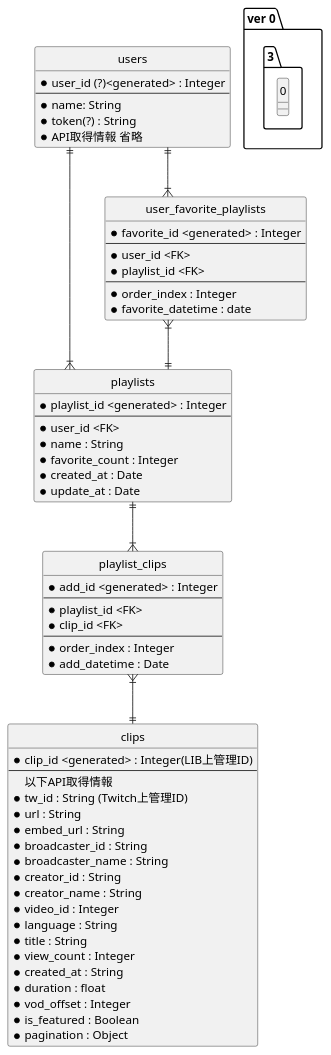
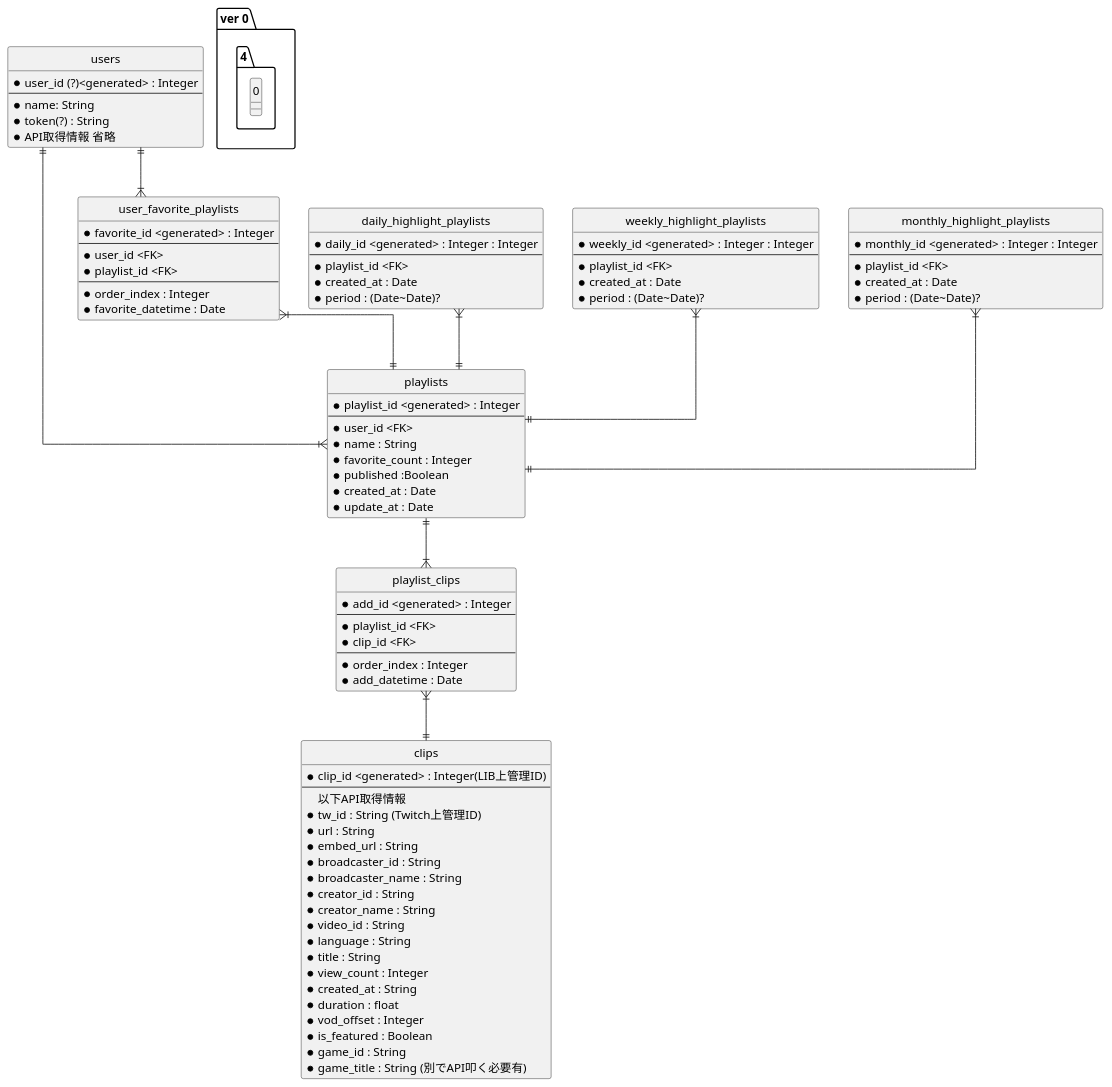
The diagram in dev2_Team_rubbit/er.pu (Taku1103/APPRENTICE_Quests_private), drawn with PlantUML before and after one commit. The commit also changed 3 other files, not shown here.

```diff
--- a/dev2_Team_rubbit/er.pu
+++ b/dev2_Team_rubbit/er.pu
@@ -3,109 +3,143 @@
 @startuml shortcut_quiz
 
 ' hide the spot
 hide circle
 
 ' avoid problems with angled crows feet
 skinparam linetype ortho
 
 
-entity "ver 0.3.0" {
+entity "ver 0.4.0" {
 
 }
 
 entity "users" {
     *user_id (?)<generated> : Integer
     --
     *name: String
     *token(?) : String
     *API取得情報 省略
 }
 
 
 entity "playlists" {
     *playlist_id <generated> : Integer
     --
     *user_id <FK>
     *name : String
     *favorite_count : Integer
+    *published :Boolean
     *created_at : Date
     *update_at : Date
 }
 
 
 entity "clips" {
     *clip_id <generated> : Integer(LIB上管理ID)
     --
 以下API取得情報
     *tw_id : String (Twitch上管理ID)
     *url : String
     *embed_url : String
     *broadcaster_id : String
     *broadcaster_name : String
     *creator_id : String
     *creator_name : String
-    *video_id : Integer
+    *video_id : String
     *language : String
     *title : String
     *view_count : Integer
     *created_at : String
     *duration : float
     *vod_offset : Integer
     *is_featured : Boolean
-    *pagination : Object
+    *game_id : String
+    *game_title : String (別でAPI叩く必要有)
+    ' *pagination : Object
 }
 
 entity  "playlist_clips" {
     *add_id <generated> : Integer
     --
     *playlist_id <FK>
     *clip_id <FK>
     --
     *order_index : Integer
     *add_datetime : Date
 }
 entity "user_favorite_playlists" {
     *favorite_id <generated> : Integer
     --
     *user_id <FK>
     *playlist_id <FK>
     --
     *order_index : Integer
-    *favorite_datetime : date
+    *favorite_datetime : Date
 }
+
+entity "daily_highlight_playlists" {
+    *daily_id <generated> : Integer : Integer
+    --
+    *playlist_id <FK>
+    *created_at : Date
+    *period : (Date~Date)?
+}
+entity "weekly_highlight_playlists" {
+    *weekly_id <generated> : Integer : Integer
+    --
+    *playlist_id <FK>
+    *created_at : Date
+    *period : (Date~Date)?
+}
+entity "monthly_highlight_playlists" {
+    *monthly_id <generated> : Integer : Integer
+    --
+    *playlist_id <FK>
+    *created_at : Date
+    *period : (Date~Date)?
+}
+
 
 
 ' entity "users_follow_broadcasters" {
 '     *follow_broadcaster_id :Integer(API取得はstr)
 '     --
 '     *follow_broadcaster_login : String
 '     *follow_broadcaster_name : String
 '     *followed_at : String
 
 '     *user_id <FK>
 ' }
 
 
 ' entity "playlists_tags" {
 '     *playlist_id <FK>
 '     --
 '     *tag_id <FK>
 ' }
 
 ' entity "tags" {
 '     *tag_id <generated>
 '     *tag_name : String
 ' }
 
 users||--|{playlists
 playlists||--|{playlist_clips
 playlist_clips}|--||clips
 users||--|{user_favorite_playlists
 user_favorite_playlists}|--||playlists
 
+daily_highlight_playlists}|--||playlists
+weekly_highlight_playlists}|--||playlists
+monthly_highlight_playlists}|--||playlists
+
+
+
+
+
 ' users||--|{users_follow_broadcasters
 ' playlists||--|{playlists_tags
 ' playlists_tags}|--||tags
 
 
 @enduml
```
